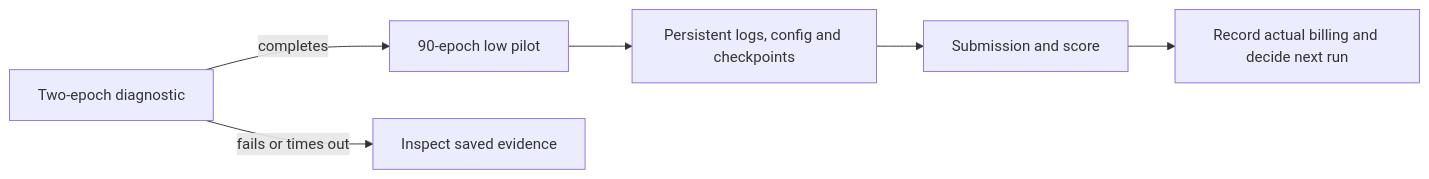
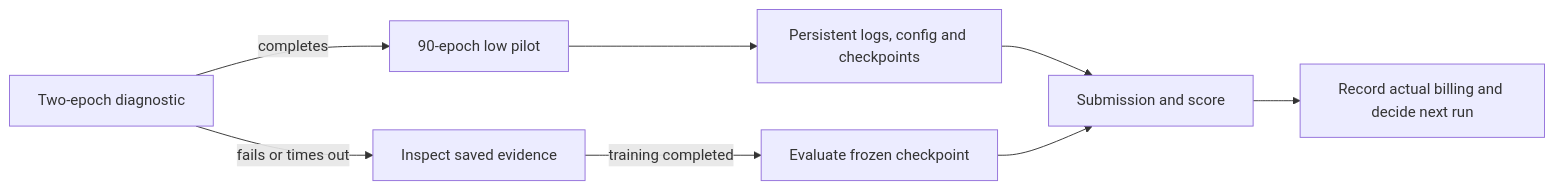
The second of 3 diagrams in README.md (marcelo-earth/arc-transformer), drawn with Mermaid before and after one commit. The commit also changed other lines of this file and 5 other files, not shown here.

````diff
--- a/README.md
+++ b/README.md
@@ -59,8 +63,10 @@
 ```mermaid
 flowchart LR
     P[Two-epoch diagnostic] -->|completes| L[90-epoch low pilot]
     P -->|fails or times out| D[Inspect saved evidence]
     L --> V[Persistent logs, config and checkpoints]
     V --> S[Submission and score]
     S --> B[Record actual billing and decide next run]
+    D -->|training completed| E[Evaluate frozen checkpoint]
+    E --> S
 ```
````
